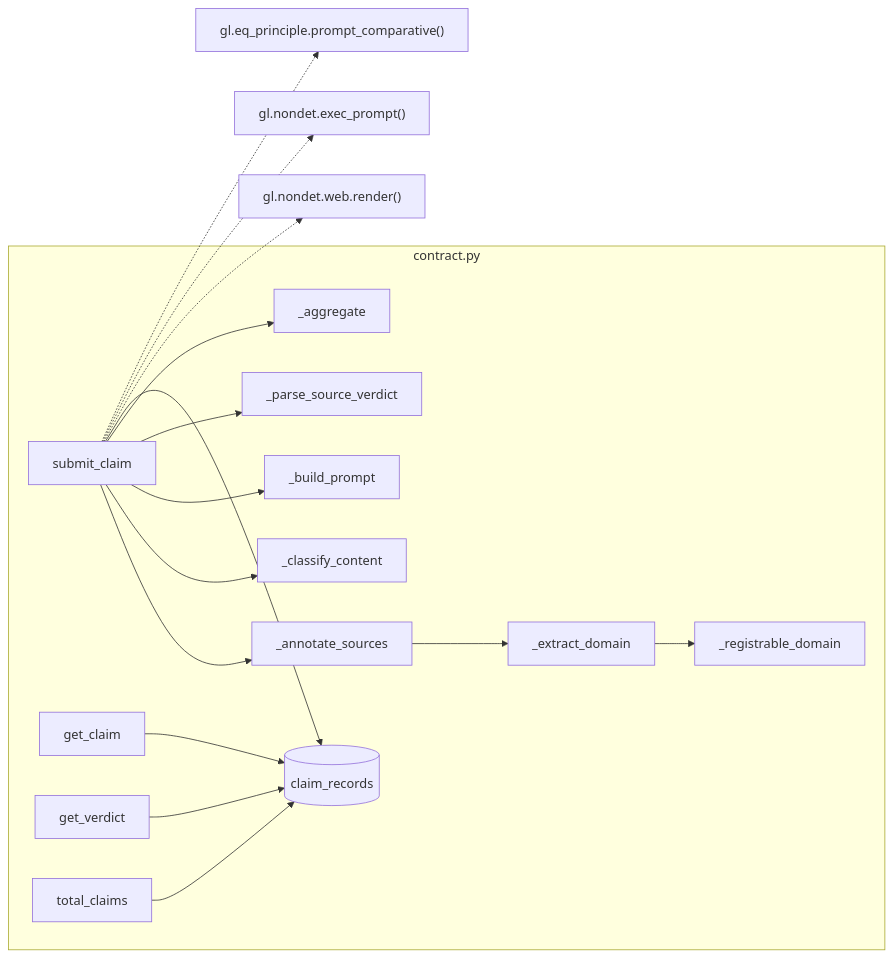
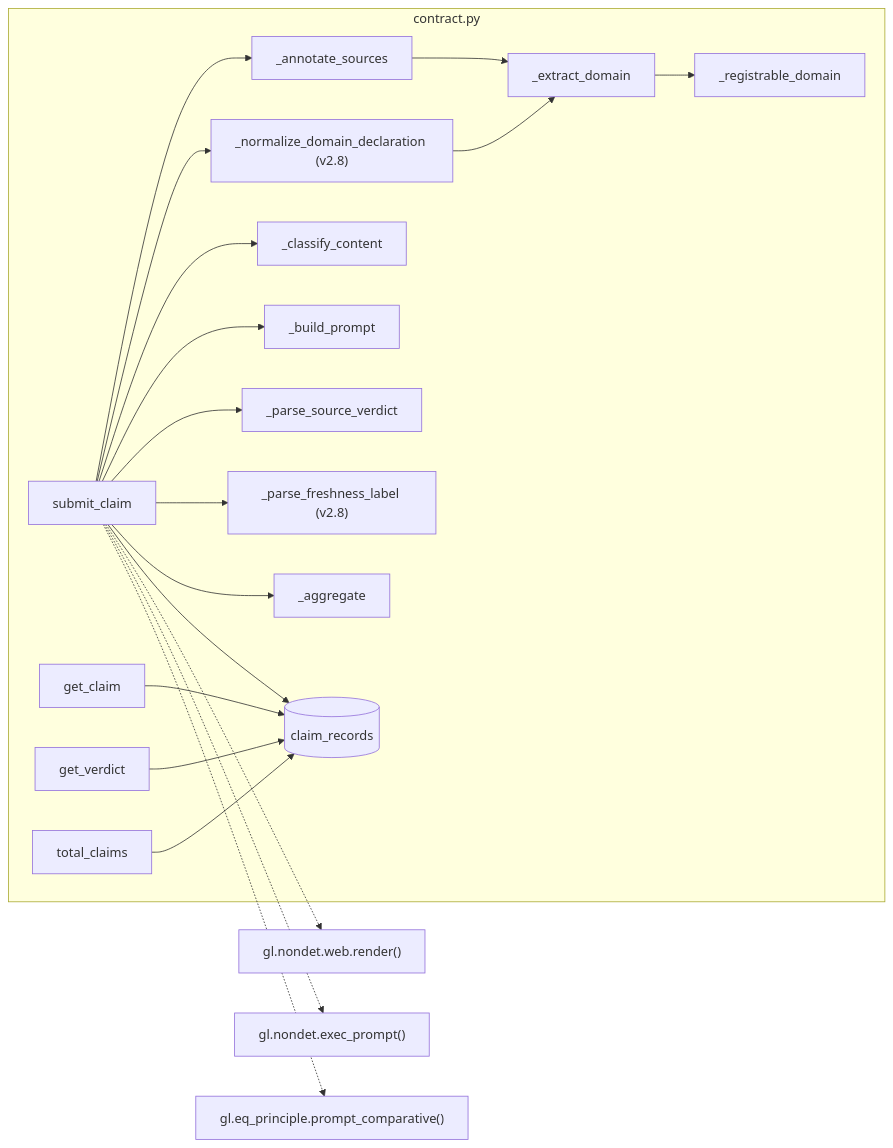
The second of 4 diagrams in ARCHITECTURE.md (123Cryp/genlayer-truthbeacon), drawn with Mermaid before and after one commit. The commit also changed other lines of this file and 5 other files, not shown here.

````diff
--- a/ARCHITECTURE.md
+++ b/ARCHITECTURE.md
@@ -61,33 +62,38 @@
 ```mermaid
 flowchart LR
     subgraph Contract["contract.py"]
         SC[submit_claim]
         GC[get_claim]
         GV[get_verdict]
         TC[total_claims]
 
         AS[_annotate_sources]
         ED[_extract_domain]
         RD[_registrable_domain]
+        ND["_normalize_domain_declaration (v2.8)"]
         CC[_classify_content]
         BP[_build_prompt]
         PV[_parse_source_verdict]
+        PF["_parse_freshness_label (v2.8)"]
         AG[_aggregate]
 
         SC --> AS
         AS --> ED
         ED --> RD
+        SC --> ND
+        ND --> ED
         SC --> CC
         SC --> BP
         SC --> PV
+        SC --> PF
         SC --> AG
         GC --> Storage[(claim_records)]
         GV --> Storage
         TC --> Storage
         SC --> Storage
     end
 
     SC -.-> WebRender["gl.nondet.web.render()"]
     SC -.-> ExecPrompt["gl.nondet.exec_prompt()"]
     SC -.-> EqPrinciple["gl.eq_principle.prompt_comparative()"]
 ```
````
